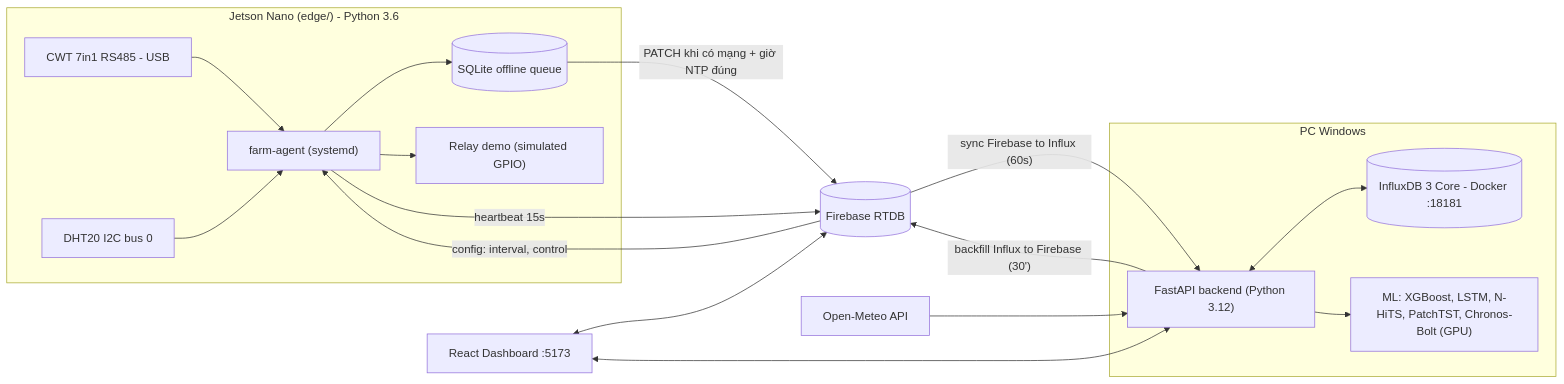
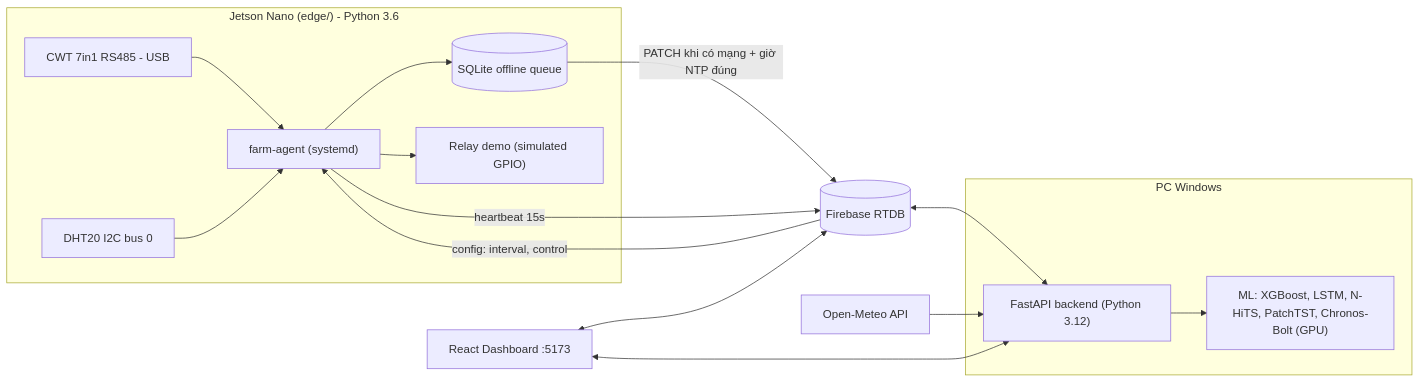
One commit to Truong-Hoang-Duy/iot_farm changed the diagram in docs/SYSTEM_DESIGN.md. Above: the diagram before and after it, drawn with Mermaid. The commit also changed other lines of this file and 28 other files, not shown here.

````diff
--- a/docs/SYSTEM_DESIGN.md
+++ b/docs/SYSTEM_DESIGN.md
@@ -7,24 +7,21 @@
 ```mermaid
 flowchart LR
   subgraph JETSON["Jetson Nano (edge/) - Python 3.6"]
     S1["CWT 7in1 RS485 - USB"] --> AG["farm-agent (systemd)"]
     S2["DHT20 I2C bus 0"] --> AG
     AG --> Q[("SQLite offline queue")]
     AG --> R["Relay demo (simulated GPIO)"]
   end
   Q -- "PATCH khi có mạng + giờ NTP đúng" --> FB[("Firebase RTDB")]
   AG -- "heartbeat 15s" --> FB
   FB -- "config: interval, control" --> AG
   subgraph PC["PC Windows"]
     BE["FastAPI backend (Python 3.12)"]
-    IX[("InfluxDB 3 Core - Docker :18181")]
     ML["ML: XGBoost, LSTM, N-HiTS, PatchTST, Chronos-Bolt (GPU)"]
-    BE <--> IX
     BE --> ML
   end
-  FB -- "sync Firebase to Influx (60s)" --> BE
-  BE -- "backfill Influx to Firebase (30')" --> FB
+  FB <--> BE
   OM["Open-Meteo API"] --> BE
   UI["React Dashboard :5173"] <--> FB
   UI <--> BE
 ```
````
